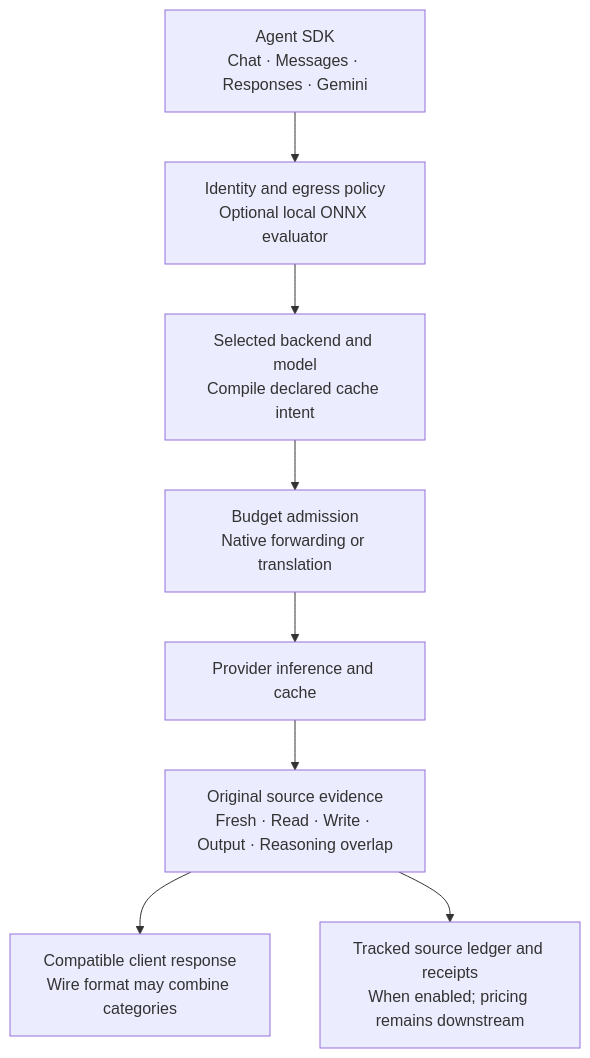
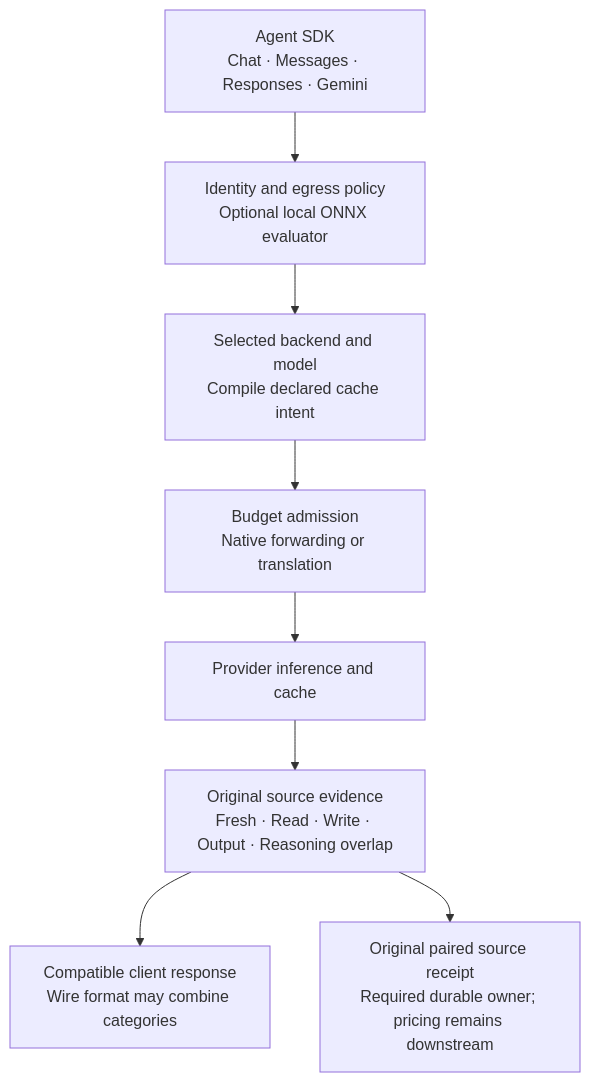
One commit to anvai-labs/sandhi changed the first of 4 diagrams in docs/product/cache-aware-routing.md. Above: the diagram before and after it, drawn with Mermaid. The commit also changed other lines of this file and 108 other files, not shown here.

````diff
--- a/docs/product/cache-aware-routing.md
+++ b/docs/product/cache-aware-routing.md
@@ -64,10 +65,10 @@
 ```mermaid
 flowchart TB
     A["Agent SDK<br/>Chat · Messages · Responses · Gemini"] --> B["Identity and egress policy<br/>Optional local ONNX evaluator"]
     B --> C["Selected backend and model<br/>Compile declared cache intent"]
     C --> D["Budget admission<br/>Native forwarding or translation"]
     D --> E["Provider inference and cache"]
     E --> F["Original source evidence<br/>Fresh · Read · Write · Output · Reasoning overlap"]
     F --> G["Compatible client response<br/>Wire format may combine categories"]
-    F --> H["Tracked source ledger and receipts<br/>When enabled; pricing remains downstream"]
+    F --> H["Original paired source receipt<br/>Required durable owner; pricing remains downstream"]
 ```
````
